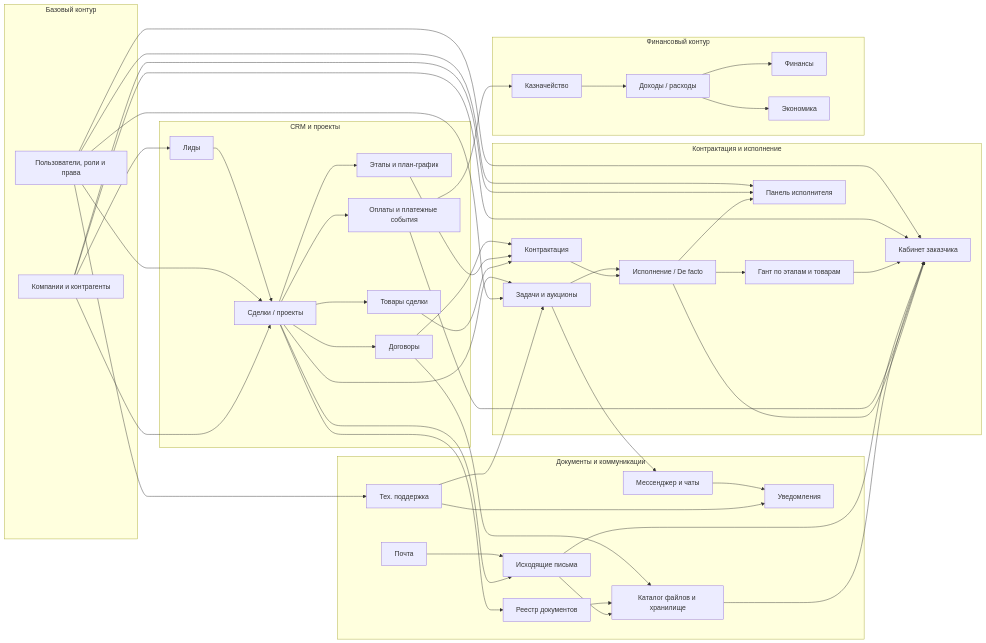
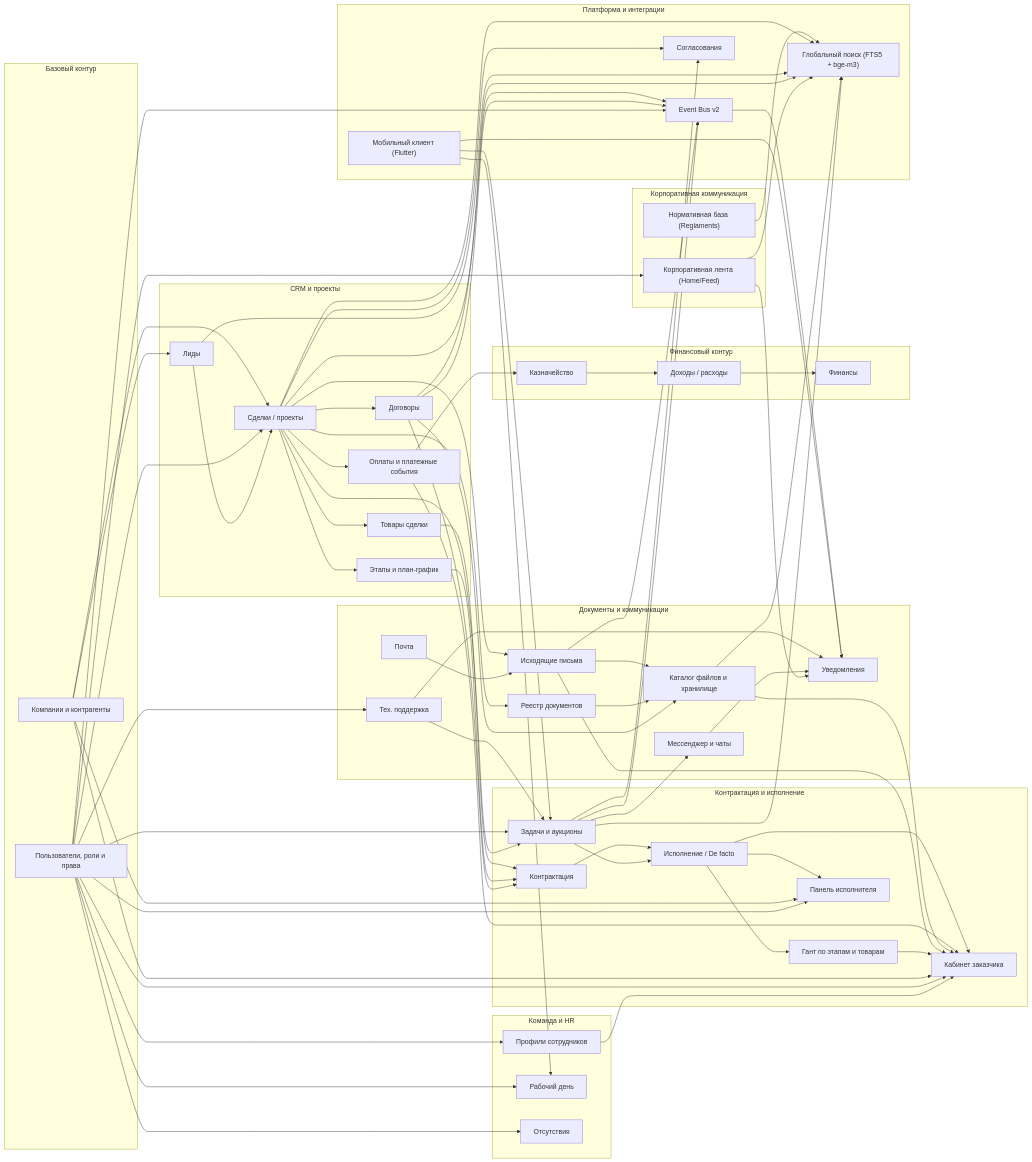
One commit to Illaevs/MPB changed the diagram in docs/MODULE_RELATIONS.md. Above: the diagram before and after it, drawn with Mermaid. The commit also changed other lines of this file and 7 other files, not shown here.

````diff
--- a/docs/MODULE_RELATIONS.md
+++ b/docs/MODULE_RELATIONS.md
@@ -46,7 +46,24 @@
         Treasury["Казначейство"]
         DDS["Доходы / расходы"]
         FinanceView["Финансы"]
-        Economy["Экономика"]
+    end
+
+    subgraph HR["Команда и HR"]
+        Profiles["Профили сотрудников"]
+        Workday["Рабочий день"]
+        Absences["Отсутствия"]
+    end
+
+    subgraph Communications["Корпоративная коммуникация"]
+        Feed["Корпоративная лента (Home/Feed)"]
+        Reglaments["Нормативная база (Reglaments)"]
+    end
+
+    subgraph Platform["Платформа и интеграции"]
+        Search["Глобальный поиск (FTS5 + bge-m3)"]
+        EventBus["Event Bus v2"]
+        Approvals["Согласования"]
+        Mobile["Мобильный клиент (Flutter)"]
     end
 
     Companies --> Leads
@@ -86,7 +103,6 @@
     Payments --> Treasury
     Treasury --> DDS
     DDS --> FinanceView
-    DDS --> Economy
     Payments --> Customer
 
     Files --> Customer
@@ -97,4 +113,33 @@
     Users --> Executor
     Companies --> Customer
     Users --> Customer
+
+    Users --> Profiles
+    Users --> Workday
+    Users --> Absences
+    Profiles --> Customer
+
+    Users --> Feed
+    Feed --> Notifications
+    Reglaments --> Search
+
+    Projects --> Approvals
+    Tasks --> Approvals
+    Projects --> EventBus
+    Tasks --> EventBus
+    Contracts --> EventBus
+    Outgoing --> EventBus
+    Users --> EventBus
+    EventBus --> Notifications
+
+    Projects --> Search
+    Tasks --> Search
+    Leads --> Search
+    Contracts --> Search
+    Files --> Search
+    Feed --> Search
+
+    Mobile --> Notifications
+    Mobile --> Tasks
+    Mobile --> Workday
 ```
````
